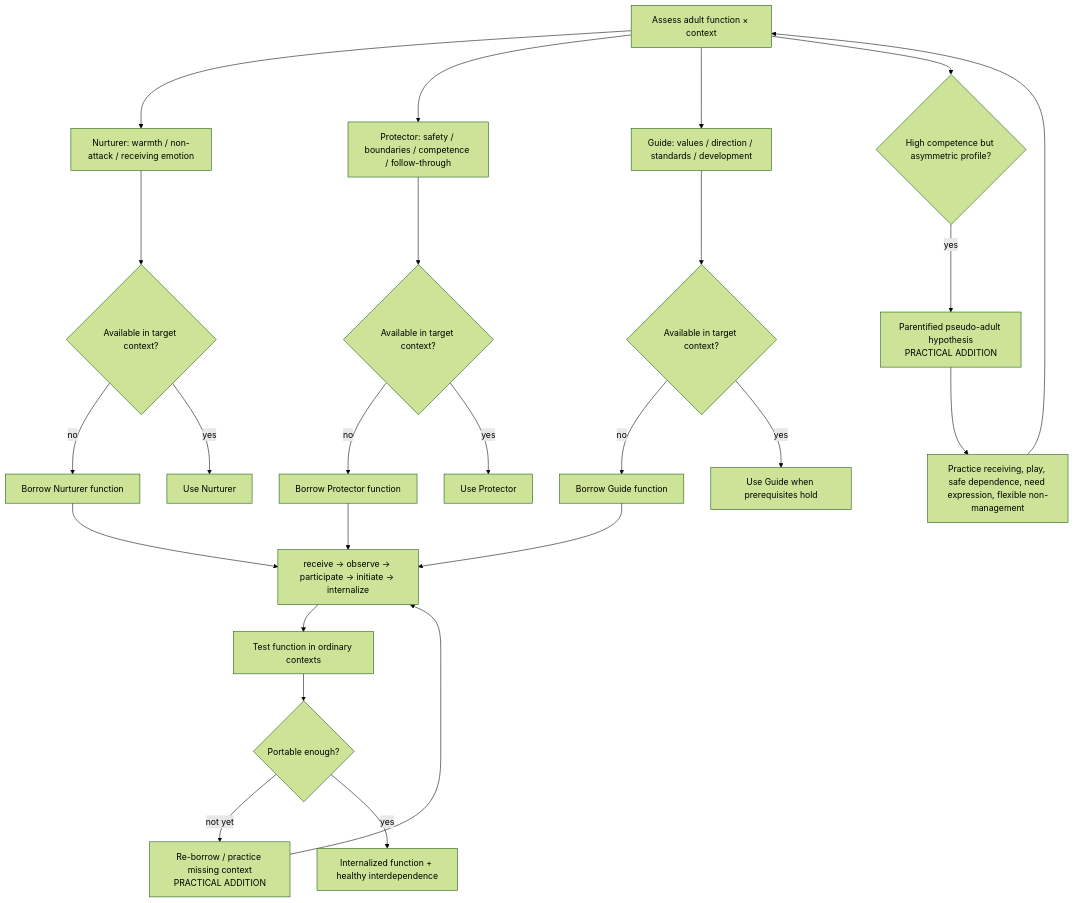
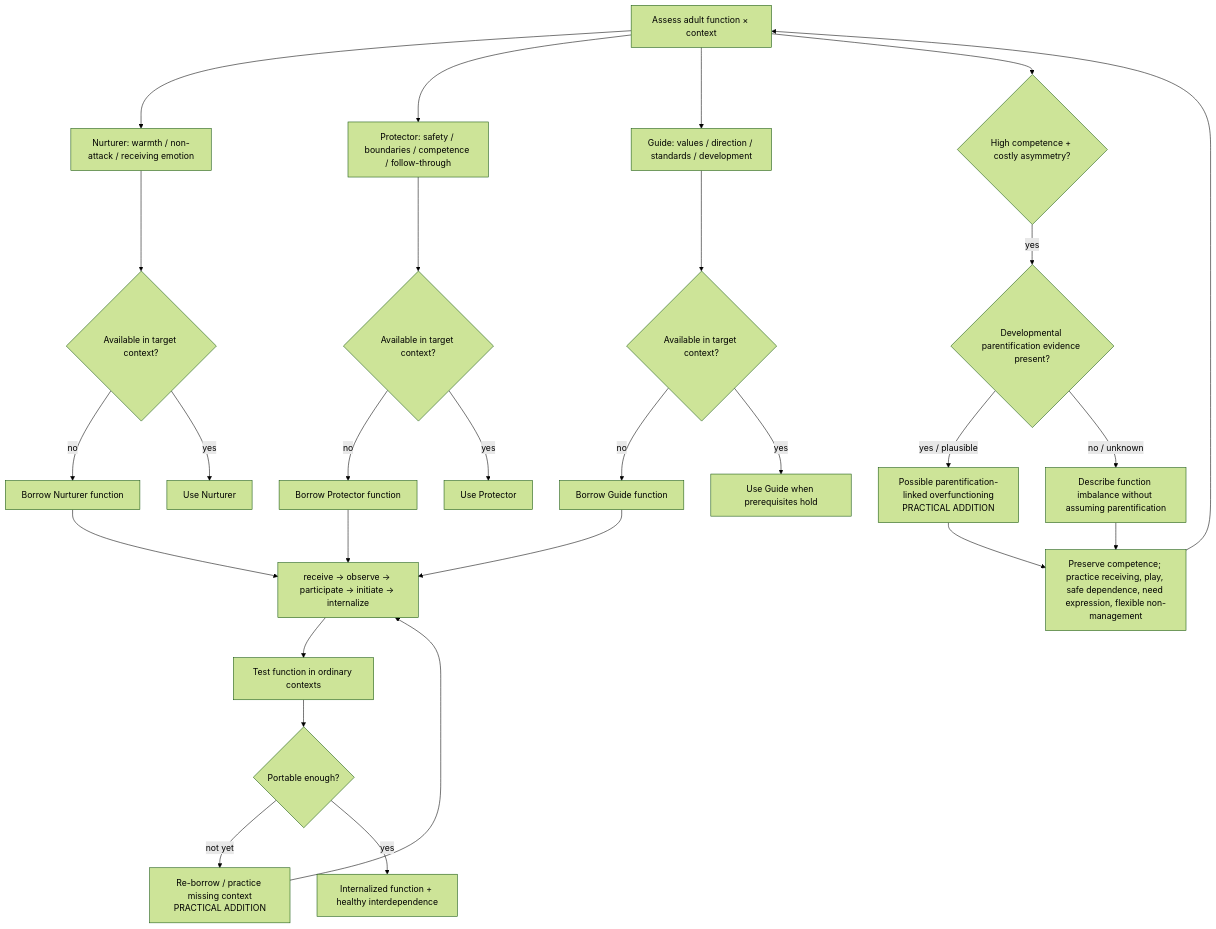
The diagram in analysis/inner_child_protocol/maps/02-ADULT-FUNCTION-ARCHITECTURE.md (u-dont-existDOTcom/creativeTailSampling), drawn with Mermaid (forest theme) before and after one commit. The commit also changed other lines of this file, not shown here.

Commit message:
Refine parentification and function-mismatch formulation

````diff
--- a/analysis/inner_child_protocol/maps/02-ADULT-FUNCTION-ARCHITECTURE.md
+++ b/analysis/inner_child_protocol/maps/02-ADULT-FUNCTION-ARCHITECTURE.md
@@ -5,27 +5,30 @@
 ```mermaid
 flowchart TD
     A["Assess adult function × context"] --> B["Nurturer: warmth / non-attack / receiving emotion"]
     A --> C["Protector: safety / boundaries / competence / follow-through"]
     A --> D["Guide: values / direction / standards / development"]
     B --> E{"Available in target context?"}
     C --> F{"Available in target context?"}
     D --> G{"Available in target context?"}
     E -- "no" --> H["Borrow Nurturer function"]
     F -- "no" --> I["Borrow Protector function"]
     G -- "no" --> J["Borrow Guide function"]
     H --> K["receive → observe → participate → initiate → internalize"]
     I --> K
     J --> K
     E -- "yes" --> L["Use Nurturer"]
     F -- "yes" --> M["Use Protector"]
     G -- "yes" --> N["Use Guide when prerequisites hold"]
     K --> O["Test function in ordinary contexts"]
     O --> P{"Portable enough?"}
     P -- "not yet" --> Q["Re-borrow / practice missing context<br/>PRACTICAL ADDITION"]
     Q --> K
     P -- "yes" --> R["Internalized function + healthy interdependence"]
-    A --> S{"High competence but asymmetric profile?"}
-    S -- "yes" --> T["Parentified pseudo-adult hypothesis<br/>PRACTICAL ADDITION"]
-    T --> U["Practice receiving, play, safe dependence, need expression, flexible non-management"]
-    U --> A
+    A --> S{"High competence + costly asymmetry?"}
+    S -- "yes" --> T{"Developmental parentification evidence present?"}
+    T -- "yes / plausible" --> U["Possible parentification-linked overfunctioning<br/>PRACTICAL ADDITION"]
+    T -- "no / unknown" --> V["Describe function imbalance without assuming parentification"]
+    U --> W["Preserve competence; practice receiving, play, safe dependence, need expression, flexible non-management"]
+    V --> W
+    W --> A
 ```
````
